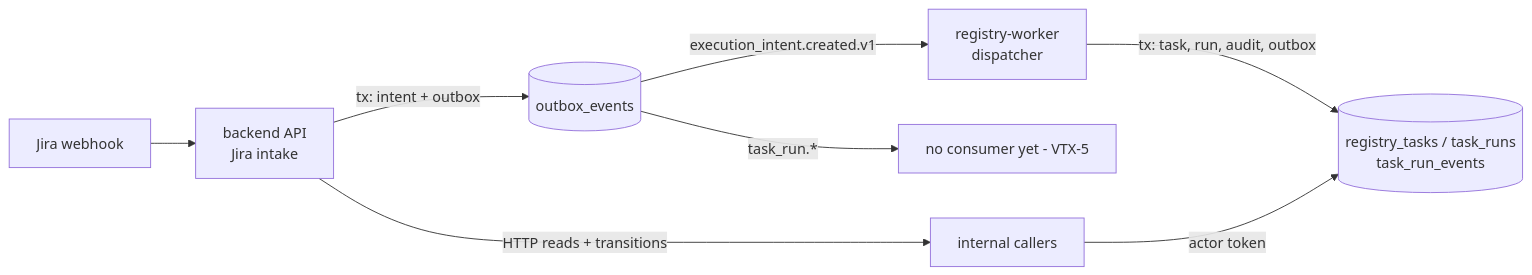
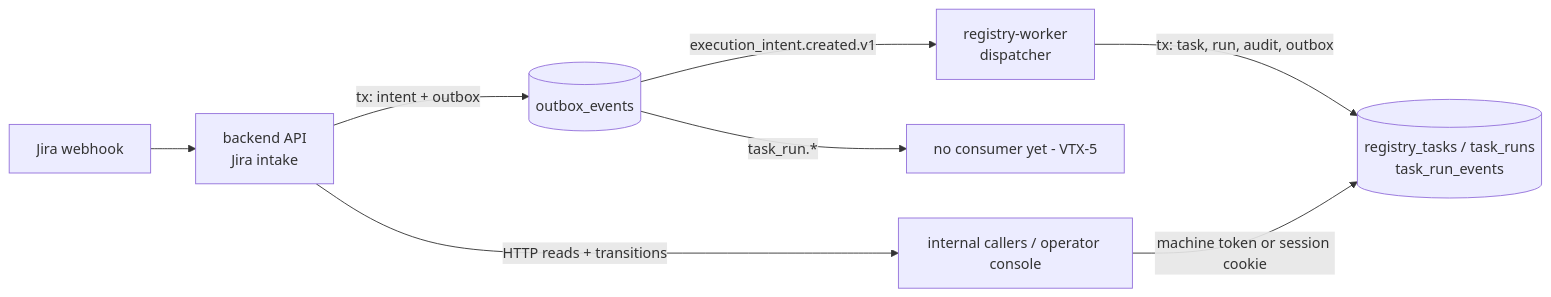
Before and after one commit to hvantoan/vtx: the first of 2 diagrams in docs/runbooks/task-registry.md, drawn with Mermaid. The commit also changed other lines of this file and 133 other files, not shown here.

````diff
--- a/docs/runbooks/task-registry.md
+++ b/docs/runbooks/task-registry.md
@@ -9,10 +9,10 @@
 ```mermaid
 flowchart LR
   Jira[Jira webhook] --> API[backend API<br/>Jira intake]
   API -->|tx: intent + outbox| OB[(outbox_events)]
   OB -->|execution_intent.created.v1| RW[registry-worker<br/>dispatcher]
   RW -->|tx: task, run, audit, outbox| DB[(registry_tasks / task_runs<br/>task_run_events)]
   OB -->|task_run.*| PENDING[no consumer yet - VTX-5]
-  API -->|HTTP reads + transitions| CLI[internal callers]
-  CLI -->|actor token| DB
+  API -->|HTTP reads + transitions| CLI[internal callers / operator console]
+  CLI -->|machine token or session cookie| DB
 ```
````
